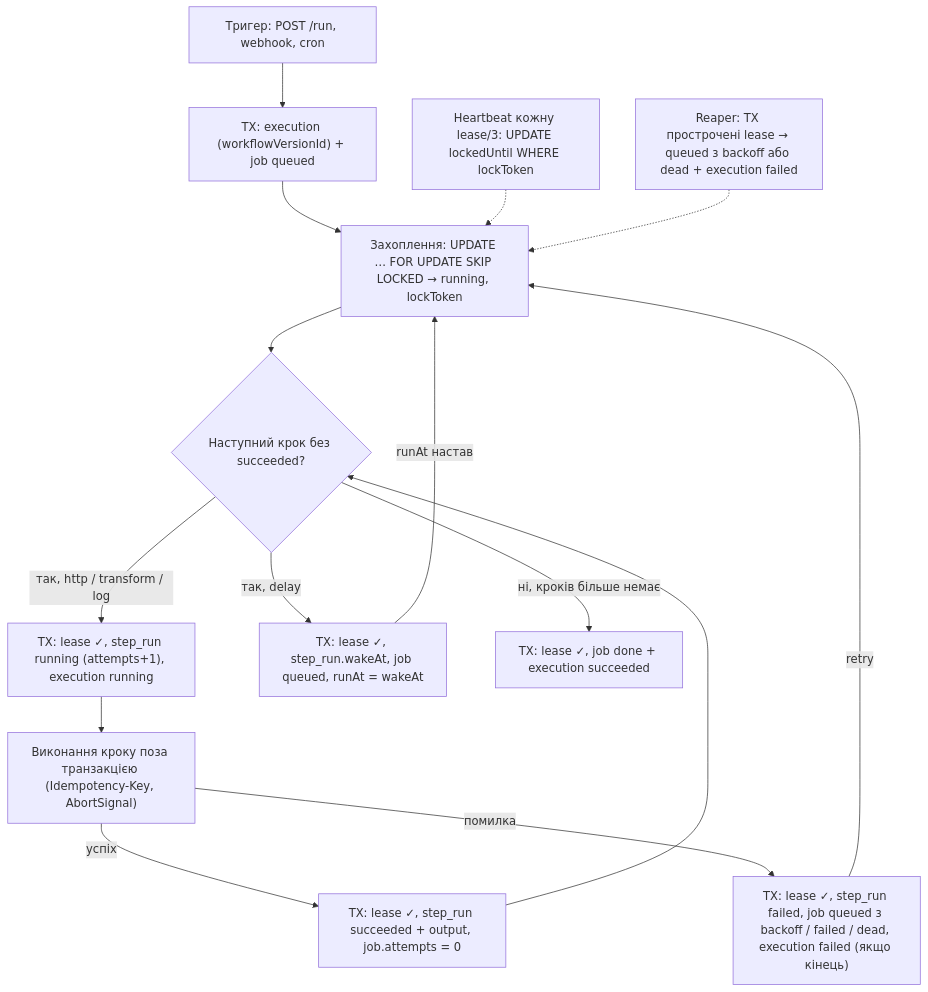
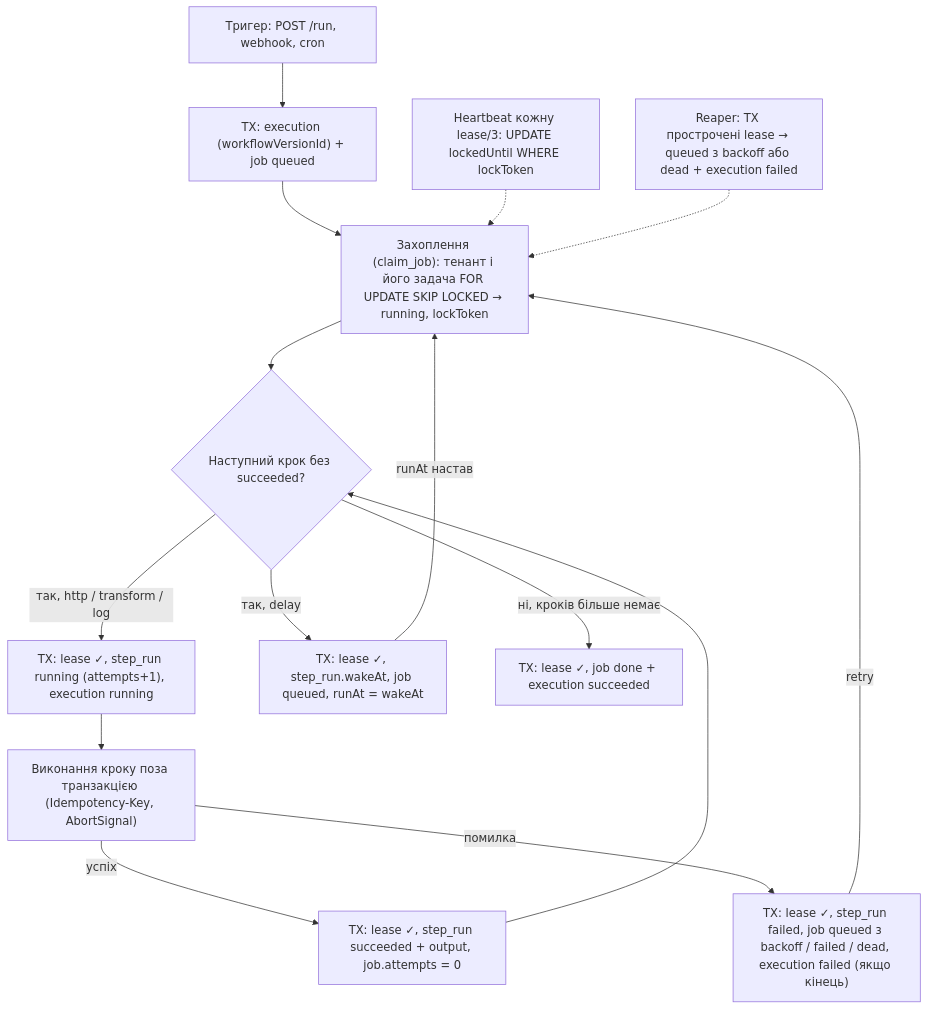
Before and after one commit to JuFios/flowforge-starter: the second of 2 diagrams in README.md, drawn with Mermaid. The commit also changed other lines of this file and 1 other file, not shown here.

````diff
--- a/README.md
+++ b/README.md
@@ -1942,17 +2465,17 @@
 ```mermaid
 flowchart TD
   T["Тригер: POST /run, webhook, cron"] --> E["TX: execution (workflowVersionId) + job queued"]
-  E --> C["Захоплення: UPDATE … FOR UPDATE SKIP LOCKED → running, lockToken"]
+  E --> C["Захоплення (claim_job): тенант і його задача FOR UPDATE SKIP LOCKED → running, lockToken"]
   C --> L{"Наступний крок без succeeded?"}
   L -- "так, http / transform / log" --> S["TX: lease ✓, step_run running (attempts+1), execution running"]
   S --> X["Виконання кроку поза транзакцією (Idempotency-Key, AbortSignal)"]
   X -- успіх --> K["TX: lease ✓, step_run succeeded + output, job.attempts = 0"]
   K --> L
   X -- помилка --> F["TX: lease ✓, step_run failed, job queued з backoff / failed / dead, execution failed (якщо кінець)"]
   F -- retry --> C
   L -- "так, delay" --> P["TX: lease ✓, step_run.wakeAt, job queued, runAt = wakeAt"]
   P -- "runAt настав" --> C
   L -- "ні, кроків більше немає" --> D["TX: lease ✓, job done + execution succeeded"]
   H["Heartbeat кожну lease/3: UPDATE lockedUntil WHERE lockToken"] -.-> C
   R["Reaper: TX прострочені lease → queued з backoff або dead + execution failed"] -.-> C
 ```
````
